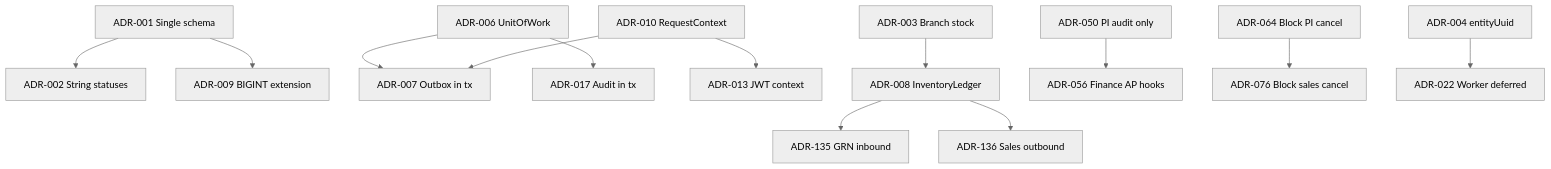
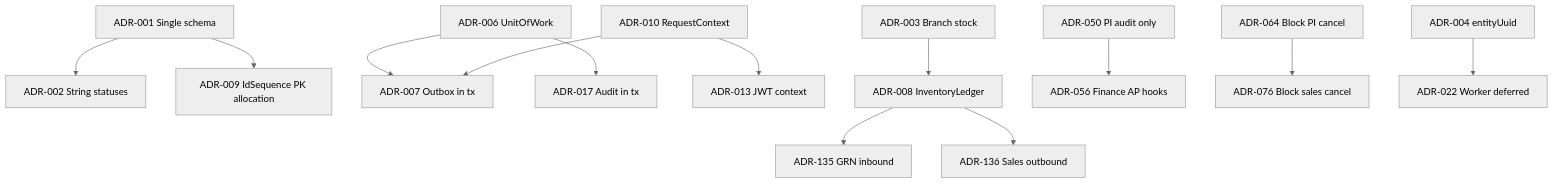
The first of 2 diagrams in docs/pharmacy_erp_architecture_docs/architecture/backend-memory-map.md (akshaybadgujar20/pharmacy-erp-desktop), drawn with Mermaid (neutral theme) before and after one commit. The commit also changed other lines of this file and 136 other files, not shown here.

````diff
--- a/docs/pharmacy_erp_architecture_docs/architecture/backend-memory-map.md
+++ b/docs/pharmacy_erp_architecture_docs/architecture/backend-memory-map.md
@@ -265,15 +265,15 @@
 ```mermaid
 flowchart TB
   ADR001[ADR-001 Single schema] --> ADR002[ADR-002 String statuses]
-  ADR001 --> ADR009[ADR-009 BIGINT extension]
+  ADR001 --> ADR009[ADR-009 IdSequence PK allocation]
   ADR006[ADR-006 UnitOfWork] --> ADR007[ADR-007 Outbox in tx]
   ADR006 --> ADR017[ADR-017 Audit in tx]
   ADR010[ADR-010 RequestContext] --> ADR007
   ADR010 --> ADR013[ADR-013 JWT context]
   ADR003[ADR-003 Branch stock] --> ADR008[ADR-008 InventoryLedger]
   ADR008 --> ADR135[ADR-135 GRN inbound]
   ADR008 --> ADR136[ADR-136 Sales outbound]
   ADR050[ADR-050 PI audit only] --> ADR056[ADR-056 Finance AP hooks]
   ADR064[ADR-064 Block PI cancel] --> ADR076[ADR-076 Block sales cancel]
   ADR004[ADR-004 entityUuid] --> ADR022[ADR-022 Worker deferred]
 ```
````
